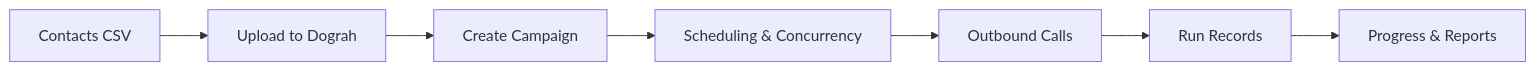
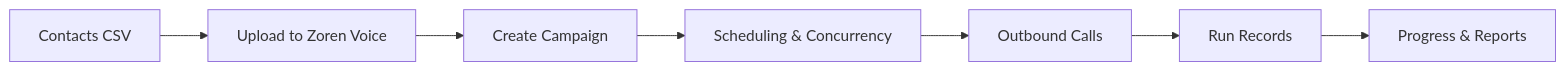
One commit to dograh-hq/dograh changed the diagram in docs/core-concepts/campaigns.mdx. Above: the diagram before and after it, drawn with Mermaid. The commit also changed other lines of this file and 82 other files, not shown here.

Commit message:
Rebrand Dograh to Zoren Voice

````diff
--- a/docs/core-concepts/campaigns.mdx
+++ b/docs/core-concepts/campaigns.mdx
@@ -11,9 +11,9 @@
 ```mermaid
 flowchart LR
-    CSV[Contacts CSV] --> Upload[Upload to Dograh]
+    CSV[Contacts CSV] --> Upload[Upload to Zoren Voice]
     Upload --> Campaign[Create Campaign]
     Campaign --> Schedule[Scheduling & Concurrency]
     Schedule --> Calls[Outbound Calls]
     Calls --> Runs[Run Records]
     Runs --> Results[Progress & Reports]
 ```
````
